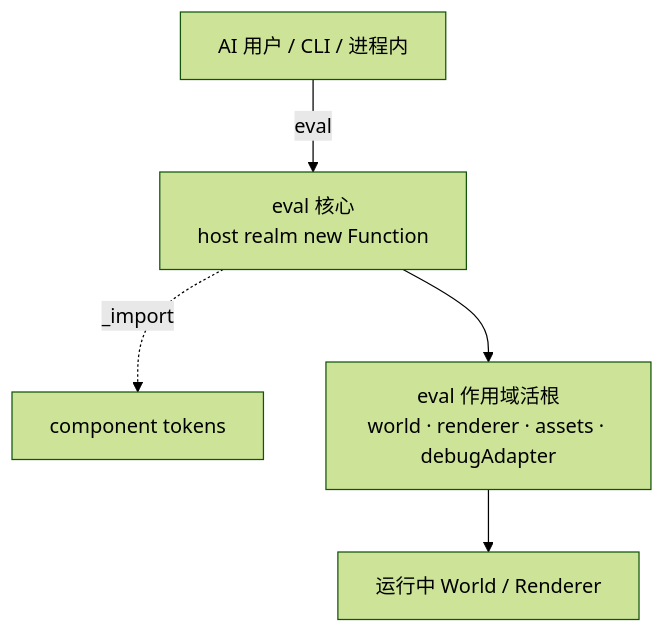
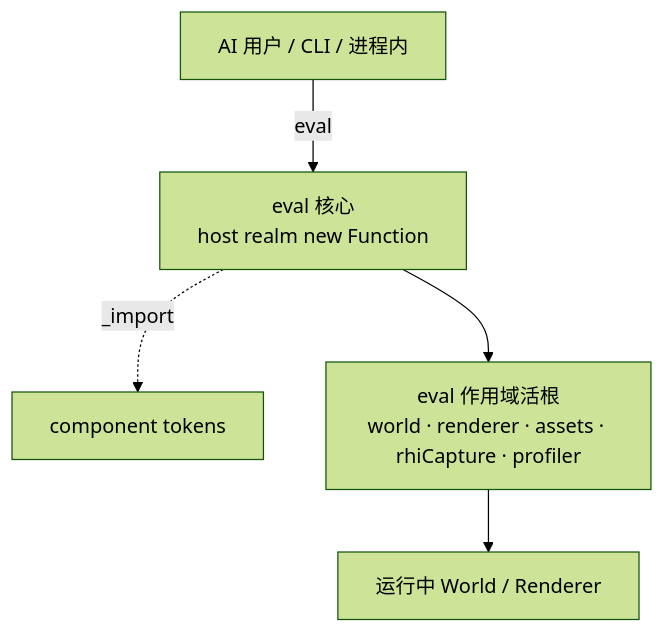
Before and after one commit to ForgeaX-Games/forgeax-editor: the first of 2 diagrams in packages/engine/skills/forgeax-engine-cli/SKILL.md, drawn with Mermaid (forest theme). The commit also changed other lines of this file and 5042 other files, not shown here.

````diff
--- a/packages/engine/skills/forgeax-engine-cli/SKILL.md
+++ b/packages/engine/skills/forgeax-engine-cli/SKILL.md
@@ -37,7 +203,7 @@
 ```mermaid
 flowchart TD
     A[AI 用户 / CLI / 进程内] -->|eval| E[eval 核心<br/>host realm new Function]
     E -.->|_import| ECS["component tokens"]
-    E --> R["eval 作用域活根<br/>world · renderer · assets · debugAdapter"]
+    E --> R["eval 作用域活根<br/>world · renderer · assets · rhiCapture · profiler"]
     R --> W[运行中 World / Renderer]
 ```
````
